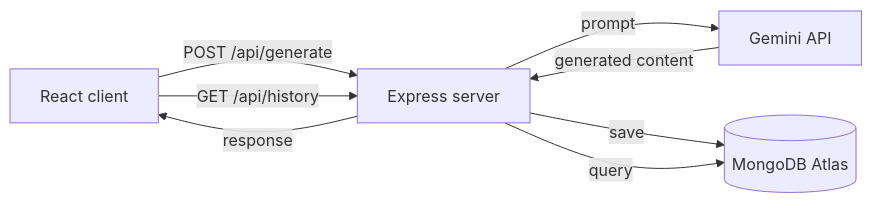
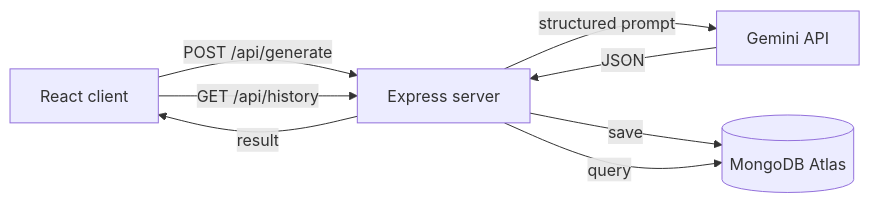
The diagram in README.md (mandeeproy999999-commits/CreatorFlow-AI), drawn with Mermaid before and after one commit. The commit also changed other lines of this file, not shown here.

````diff
--- a/README.md
+++ b/README.md
@@ -47,10 +48,10 @@
 ```mermaid
 flowchart LR
     A[React client] -->|POST /api/generate| B[Express server]
-    B -->|prompt| C[Gemini API]
-    C -->|generated content| B
+    B -->|structured prompt| C[Gemini API]
+    C -->|JSON| B
     B -->|save| D[(MongoDB Atlas)]
-    B -->|response| A
+    B -->|result| A
     A -->|GET /api/history| B
     B -->|query| D
 ```
````
